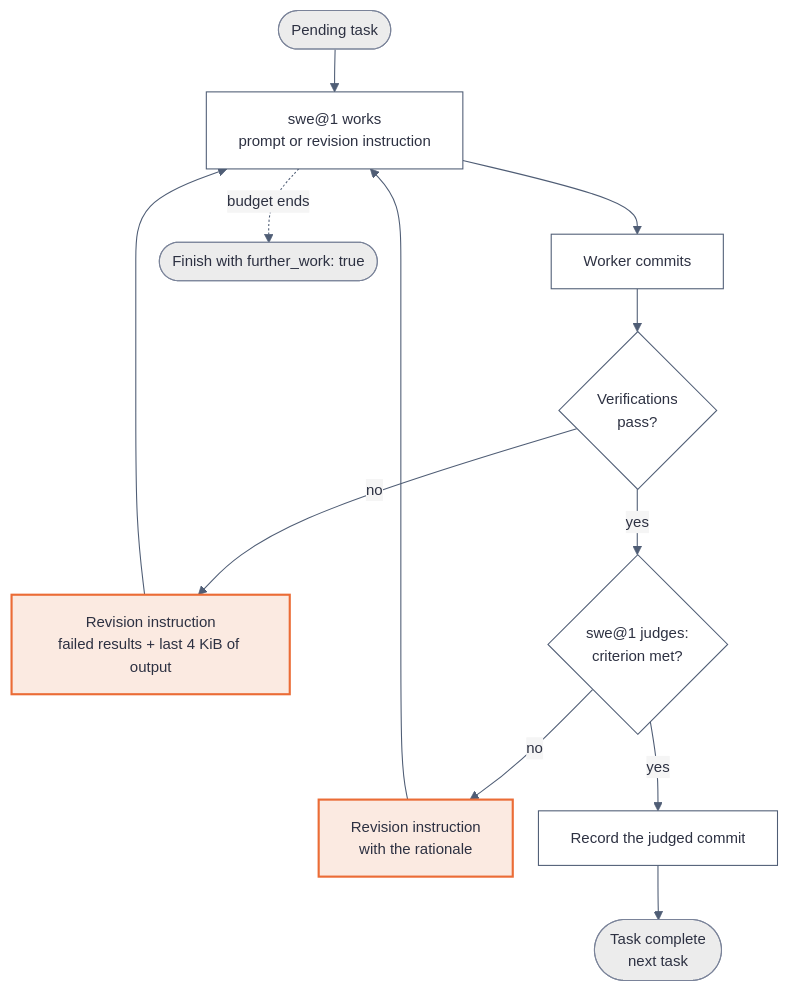
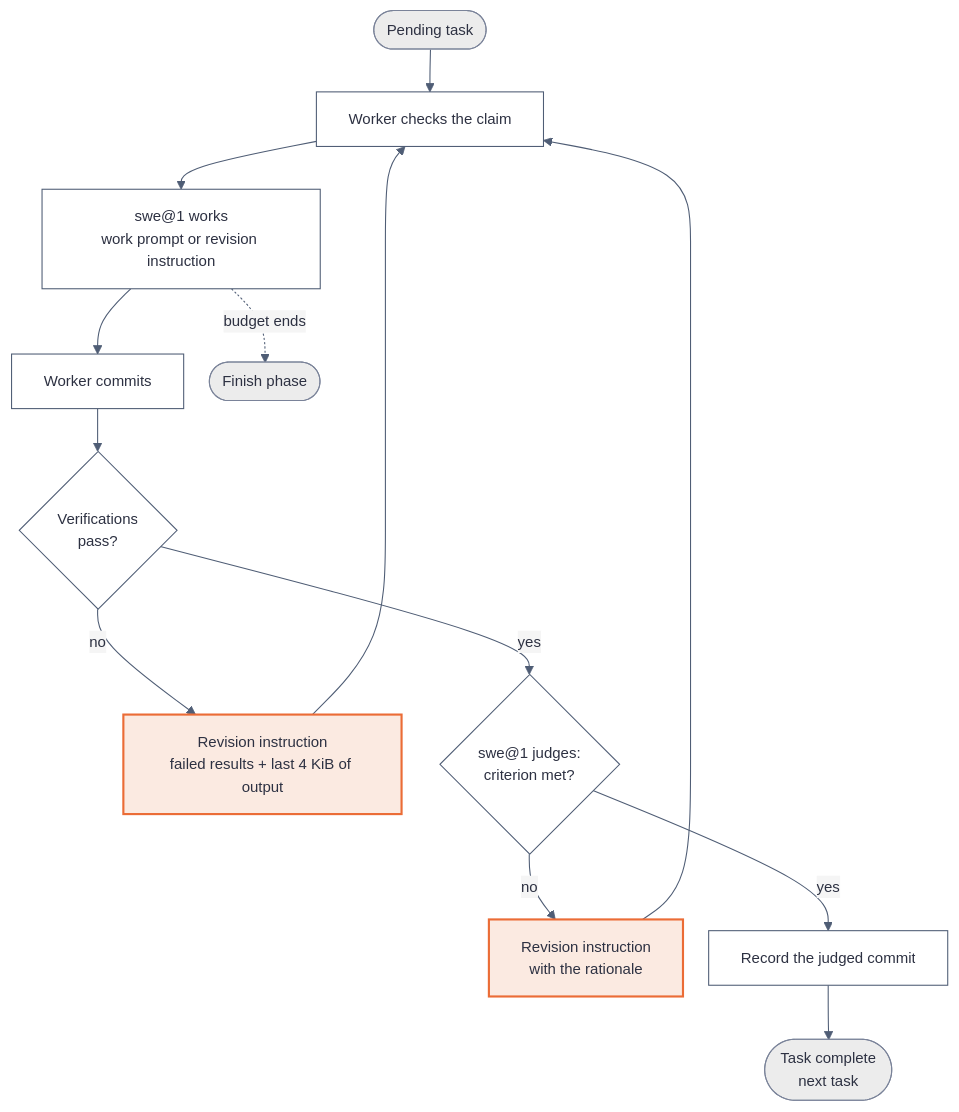
Before and after one commit to kanthorlabs/kanthord: the third of 4 diagrams in docs/explanation/coder-worker.md, drawn with Mermaid. The commit also changed other lines of this file and 31 other files, not shown here.

````diff
--- a/docs/explanation/coder-worker.md
+++ b/docs/explanation/coder-worker.md
@@ -129,18 +233,19 @@
 ```mermaid
 %%{init: {"theme": "base", "themeVariables": {"background": "#f5f5f5", "primaryColor": "#ffffff", "primaryTextColor": "#2d3142", "primaryBorderColor": "#4f5d75", "secondaryColor": "#ececec", "tertiaryColor": "#f5f5f5", "lineColor": "#4f5d75", "edgeLabelBackground": "#f5f5f5", "fontFamily": "system-ui, sans-serif", "fontSize": "14px"}, "flowchart": {"htmlLabels": true, "useMaxWidth": false, "nodeSpacing": 24, "rankSpacing": 40}}}%%
 flowchart TB
     accTitle: One task of coder@1
     accDescr: swe@1 works, the worker commits and runs the verifications. A failure sends the failed results and the output tail back to swe@1. A pass leads to the criterion judgement. An unmet criterion sends the rationale back. A met criterion records the judged commit and completes the task. A budget end at any point ends the task work.
-    start(["Pending task"]) --> work["swe@1 works<br/>prompt or revision instruction"]
+    start(["Pending task"]) --> check["Worker checks the claim"]
+    check --> work["swe@1 works<br/>work prompt or revision instruction"]
     work --> commit["Worker commits"]
     commit --> verify{"Verifications<br/>pass?"}
-    verify -- no --> failed["Revision instruction<br/>failed results + last 4 KiB of output"] --> work
+    verify -- no --> failed["Revision instruction<br/>failed results + last 4 KiB of output"] --> check
     verify -- yes --> judge{"swe@1 judges:<br/>criterion met?"}
-    judge -- no --> unmet["Revision instruction<br/>with the rationale"] --> work
+    judge -- no --> unmet["Revision instruction<br/>with the rationale"] --> check
     judge -- yes --> record["Record the judged commit"] --> done(["Task complete<br/>next task"])
-    work -. "budget ends" .-> budget(["Finish with further_work: true"])
+    work -. "budget ends" .-> budget(["Finish phase"])
     classDef focal fill:#fbeae1,stroke:#eb6c36,color:#2d3142,stroke-width:2px;
     classDef outcome fill:#ececec,stroke:#7a8399,color:#2d3142;
     class failed,unmet focal;
     class start,done,budget outcome;
 ```
````
